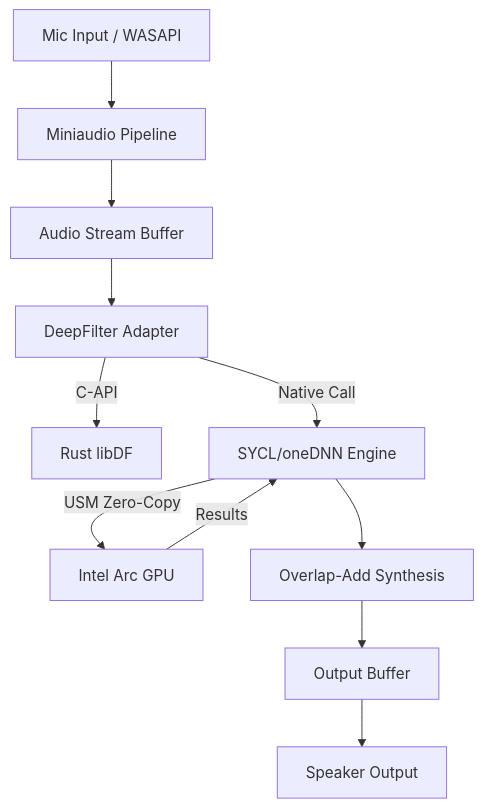
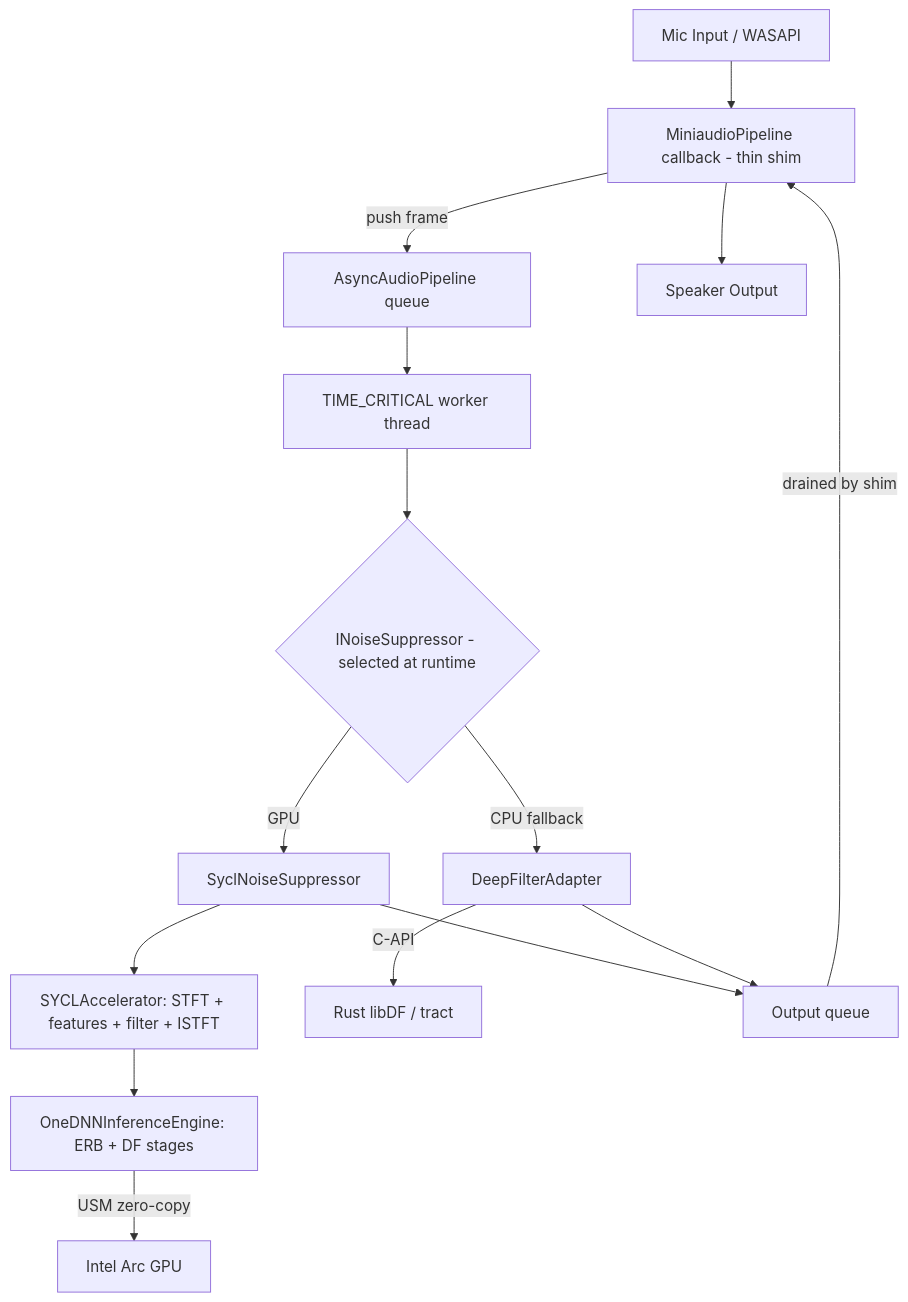
The diagram in docs/ARCHITECTURE.md (FellypeMelo/SilenceArc), drawn with Mermaid before and after one commit. The commit also changed other lines of this file and 29 other files, not shown here.

````diff
--- a/docs/ARCHITECTURE.md
+++ b/docs/ARCHITECTURE.md
@@ -33,13 +50,17 @@
 ```mermaid
 graph TD
-    A[Mic Input / WASAPI] --> B[Miniaudio Pipeline]
-    B --> C[Audio Stream Buffer]
-    C --> D[DeepFilter Adapter]
-    D -- C-API --> E[Rust libDF]
-    D -- Native Call --> F[SYCL/oneDNN Engine]
-    F -- USM Zero-Copy --> G[Intel Arc GPU]
-    G -- Results --> F
-    F --> H[Overlap-Add Synthesis]
-    H --> I[Output Buffer]
-    I --> J[Speaker Output]
+    A[Mic Input / WASAPI] --> B[MiniaudioPipeline callback - thin shim]
+    B -- push frame --> C[AsyncAudioPipeline queue]
+    C --> D[TIME_CRITICAL worker thread]
+    D --> E{INoiseSuppressor - selected at runtime}
+    E -- GPU --> F[SyclNoiseSuppressor]
+    E -- CPU fallback --> G[DeepFilterAdapter]
+    F --> H[SYCLAccelerator: STFT + features + filter + ISTFT]
+    H --> I[OneDNNInferenceEngine: ERB + DF stages]
+    I -- USM zero-copy --> J[Intel Arc GPU]
+    G -- C-API --> K[Rust libDF / tract]
+    F --> L[Output queue]
+    G --> L
+    L -- drained by shim --> B
+    B --> M[Speaker Output]
 ```
````
